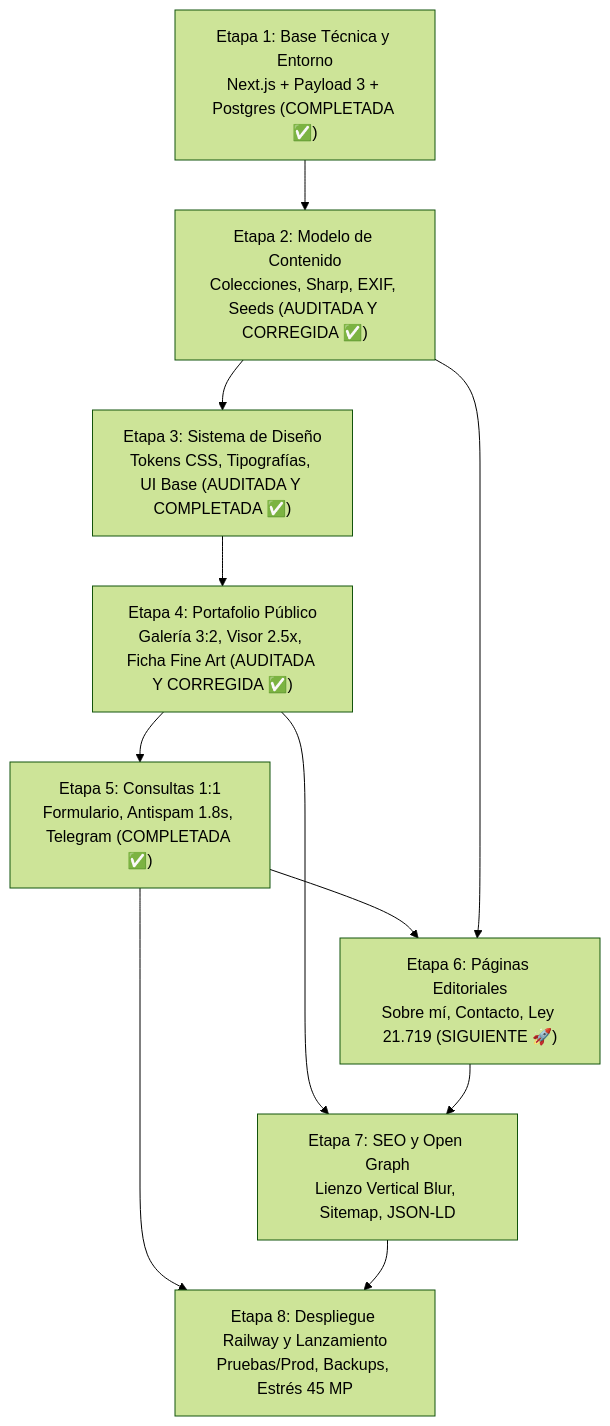
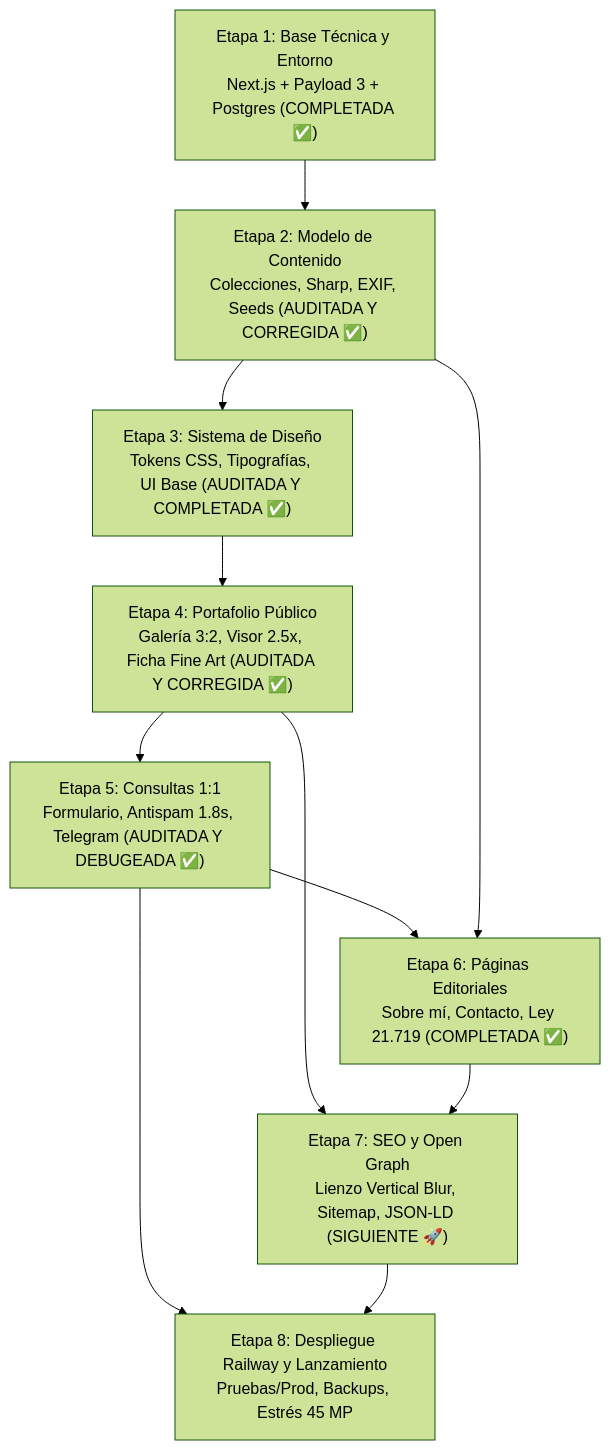
The diagram in DocumentosTecnicos/_PLAN_IMPLEMENTACION.md (RodDiazT/Web_RodDiaz), drawn with Mermaid (forest theme) before and after one commit. The commit also changed other lines of this file and 25 other files, not shown here.

Commit message:
feat: audita y corrige Etapa 5 y completa desarrollo de Etapa 6 (paginas editoriales y legales)

````diff
--- a/DocumentosTecnicos/_PLAN_IMPLEMENTACION.md
+++ b/DocumentosTecnicos/_PLAN_IMPLEMENTACION.md
@@ -32,13 +32,13 @@
 ```mermaid
 flowchart TD
     E1["Etapa 1: Base Técnica y Entorno\nNext.js + Payload 3 + Postgres (COMPLETADA ✅)"] --> E2["Etapa 2: Modelo de Contenido\nColecciones, Sharp, EXIF, Seeds (AUDITADA Y CORREGIDA ✅)"]
     E2 --> E3["Etapa 3: Sistema de Diseño\nTokens CSS, Tipografías, UI Base (AUDITADA Y COMPLETADA ✅)"]
     E3 --> E4["Etapa 4: Portafolio Público\nGalería 3:2, Visor 2.5x, Ficha Fine Art (AUDITADA Y CORREGIDA ✅)"]
-    E4 --> E5["Etapa 5: Consultas 1:1\nFormulario, Antispam 1.8s, Telegram (COMPLETADA ✅)"]
-    E5 --> E6["Etapa 6: Páginas Editoriales\nSobre mí, Contacto, Ley 21.719 (SIGUIENTE 🚀)"]
+    E4 --> E5["Etapa 5: Consultas 1:1\nFormulario, Antispam 1.8s, Telegram (AUDITADA Y DEBUGEADA ✅)"]
+    E5 --> E6["Etapa 6: Páginas Editoriales\nSobre mí, Contacto, Ley 21.719 (COMPLETADA ✅)"]
     E2 --> E6
-    E4 --> E7["Etapa 7: SEO y Open Graph\nLienzo Vertical Blur, Sitemap, JSON-LD"]
+    E4 --> E7["Etapa 7: SEO y Open Graph\nLienzo Vertical Blur, Sitemap, JSON-LD (SIGUIENTE 🚀)"]
     E6 --> E7
     E5 --> E8["Etapa 8: Despliegue Railway y Lanzamiento\nPruebas/Prod, Backups, Estrés 45 MP"]
     E7 --> E8
 ```
````
